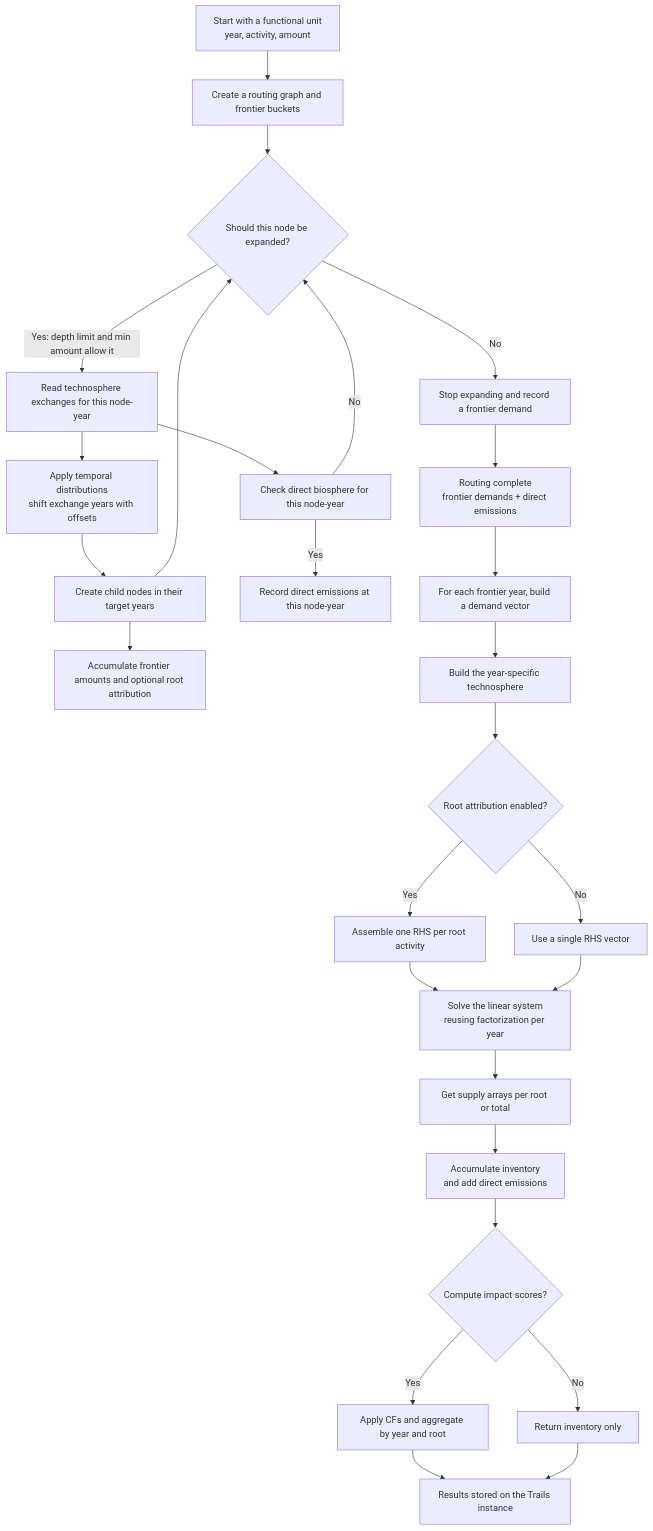
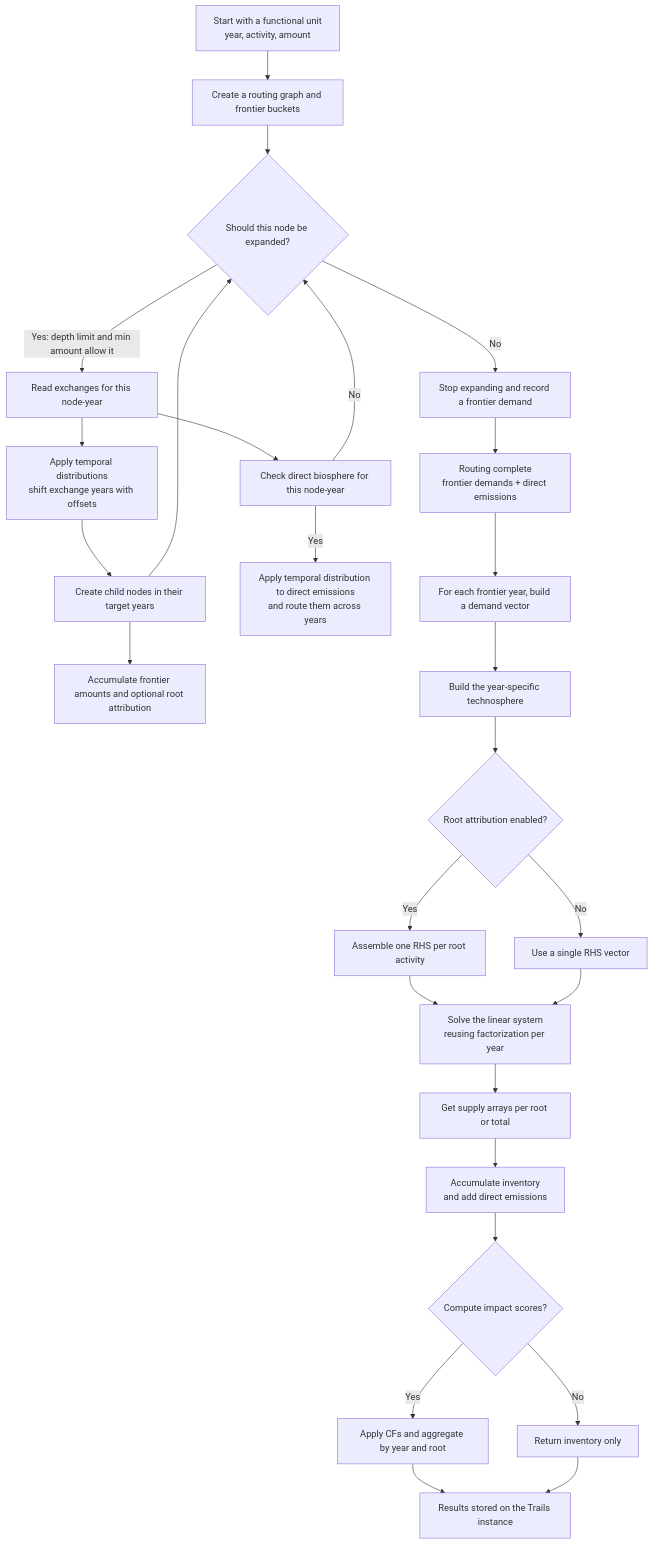
The diagram in README.md (Laboratory-for-Energy-Systems-Analysis/trails), drawn with Mermaid before and after one commit.

Commit message:
enrich README.md

````diff
--- a/README.md
+++ b/README.md
@@ -40,30 +40,30 @@
 ```mermaid
 flowchart TD
   A[Start with a functional unit<br>year, activity, amount] --> B[Create a routing graph and frontier buckets]
   B --> C{Should this node be expanded?}
-  C -->|Yes: depth limit and min amount allow it| D[Read technosphere exchanges for this node-year]
+  C -->|Yes: depth limit and min amount allow it| D[Read exchanges for this node-year]
   C -->|No| E[Stop expanding and record a frontier demand]
   D --> F[Apply temporal distributions<br>shift exchange years with offsets]
   F --> G[Create child nodes in their target years]
   G --> H[Accumulate frontier amounts and optional root attribution]
   D --> I[Check direct biosphere for this node-year]
-  I -->|Yes| J[Record direct emissions at this node-year]
+  I -->|Yes| J[Apply temporal distribution to direct emissions<br>and route them across years]
   I -->|No| C
   G --> C
   E --> K[Routing complete<br>frontier demands + direct emissions]
 
   K --> L[For each frontier year, build a demand vector]
   L --> M[Build the year-specific technosphere]
   M --> N{Root attribution enabled?}
   N -->|Yes| O[Assemble one RHS per root activity]
   N -->|No| P[Use a single RHS vector]
   O --> Q[Solve the linear system<br>reusing factorization per year]
   P --> Q
   Q --> R[Get supply arrays per root or total]
   R --> S[Accumulate inventory<br>and add direct emissions]
   S --> T{Compute impact scores?}
   T -->|Yes| U[Apply CFs and aggregate by year and root]
   T -->|No| V[Return inventory only]
   U --> W[Results stored on the Trails instance]
   V --> W
 ```
````
